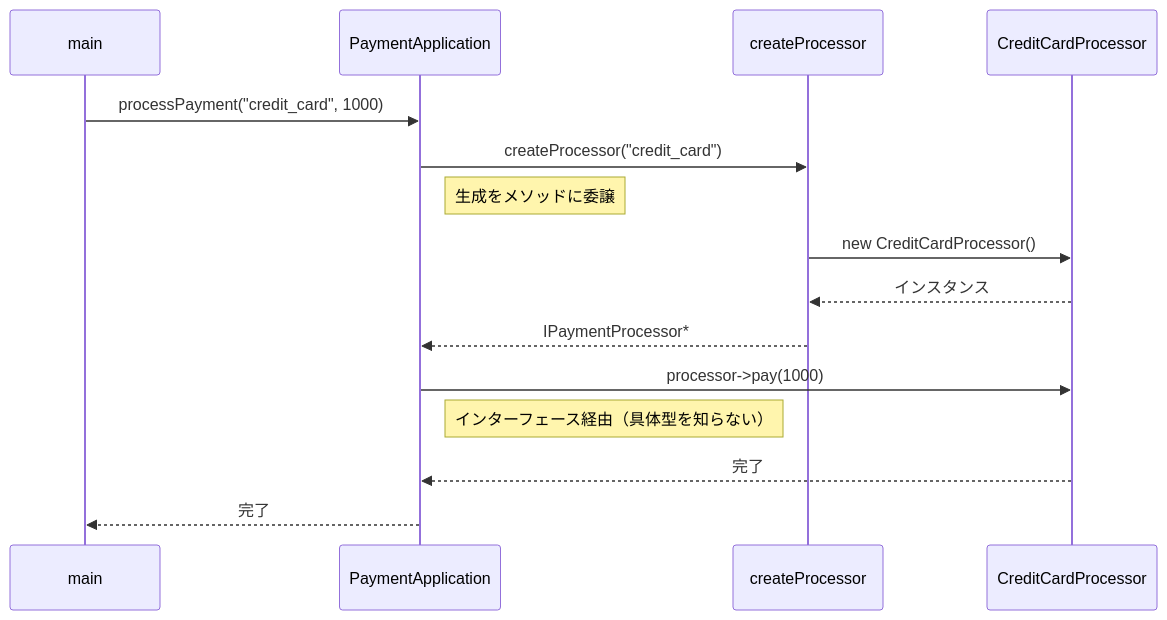
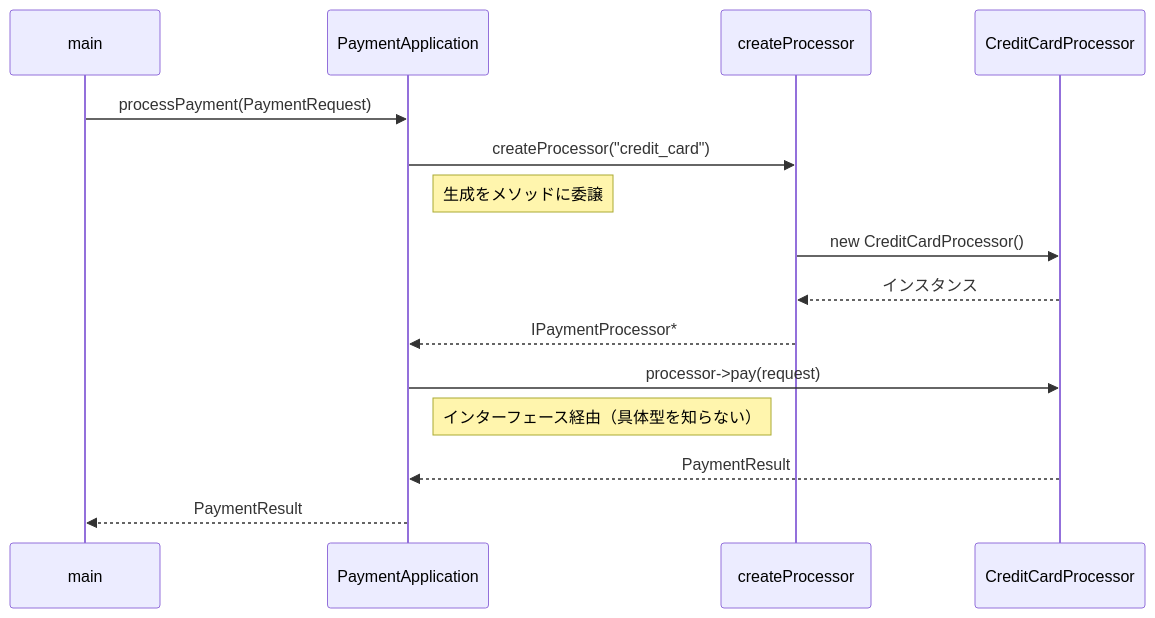
Before and after one commit to kumachan1101-pixel/DesignPattern: the sixth of 8 diagrams in kindle/design-patterns/output/chapter08.md, drawn with Mermaid. The commit also changed other lines of this file and 7 other files, not shown here.

````diff
--- a/kindle/design-patterns/output/chapter08.md
+++ b/kindle/design-patterns/output/chapter08.md
@@ -1221,18 +1431,18 @@
 ```mermaid
 sequenceDiagram
     participant main
     participant PA as PaymentApplication
     participant CP as createProcessor
     participant CC as CreditCardProcessor
 
-    main->>PA: processPayment("credit_card", 1000)
+    main->>PA: processPayment(PaymentRequest)
     PA->>CP: createProcessor("credit_card")
     Note right of PA: 生成をメソッドに委譲
     CP->>CC: new CreditCardProcessor()
     CC-->>CP: インスタンス
     CP-->>PA: IPaymentProcessor*
-    PA->>CC: processor->pay(1000)
+    PA->>CC: processor->pay(request)
     Note right of PA: インターフェース経由（具体型を知らない）
-    CC-->>PA: 完了
-    PA-->>main: 完了
+    CC-->>PA: PaymentResult
+    PA-->>main: PaymentResult
 ```
````
